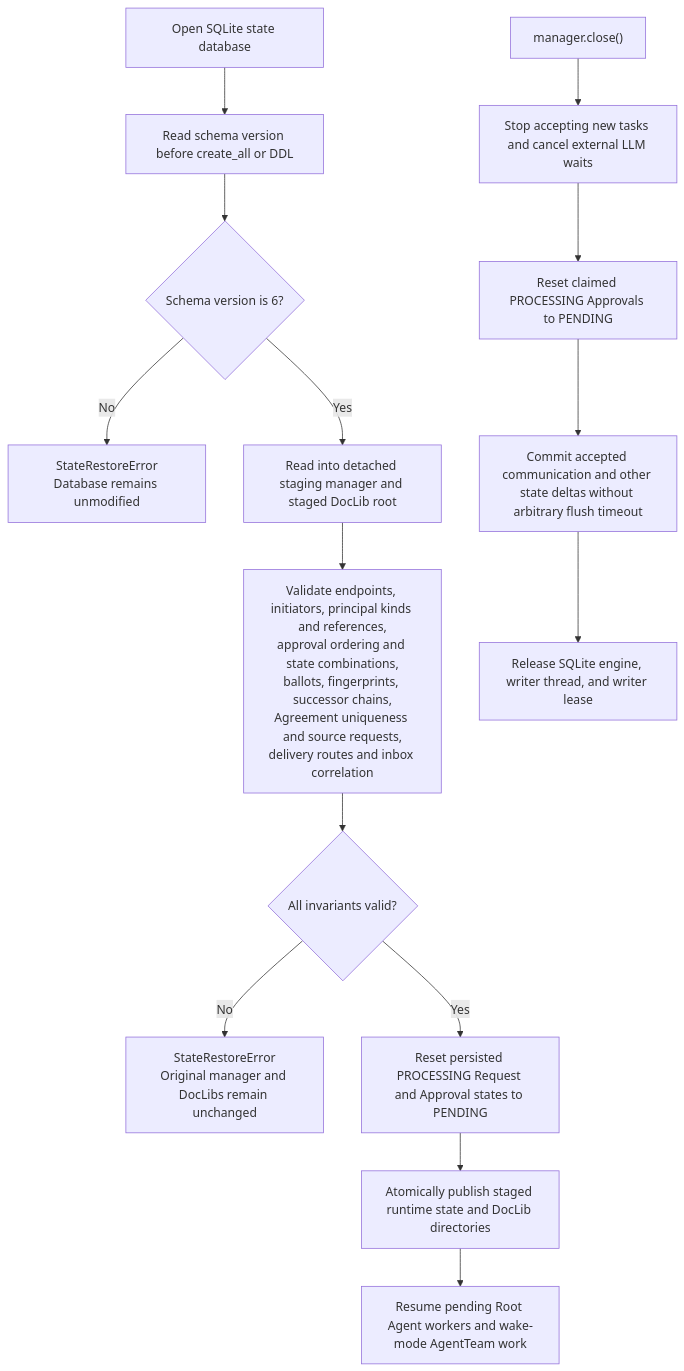
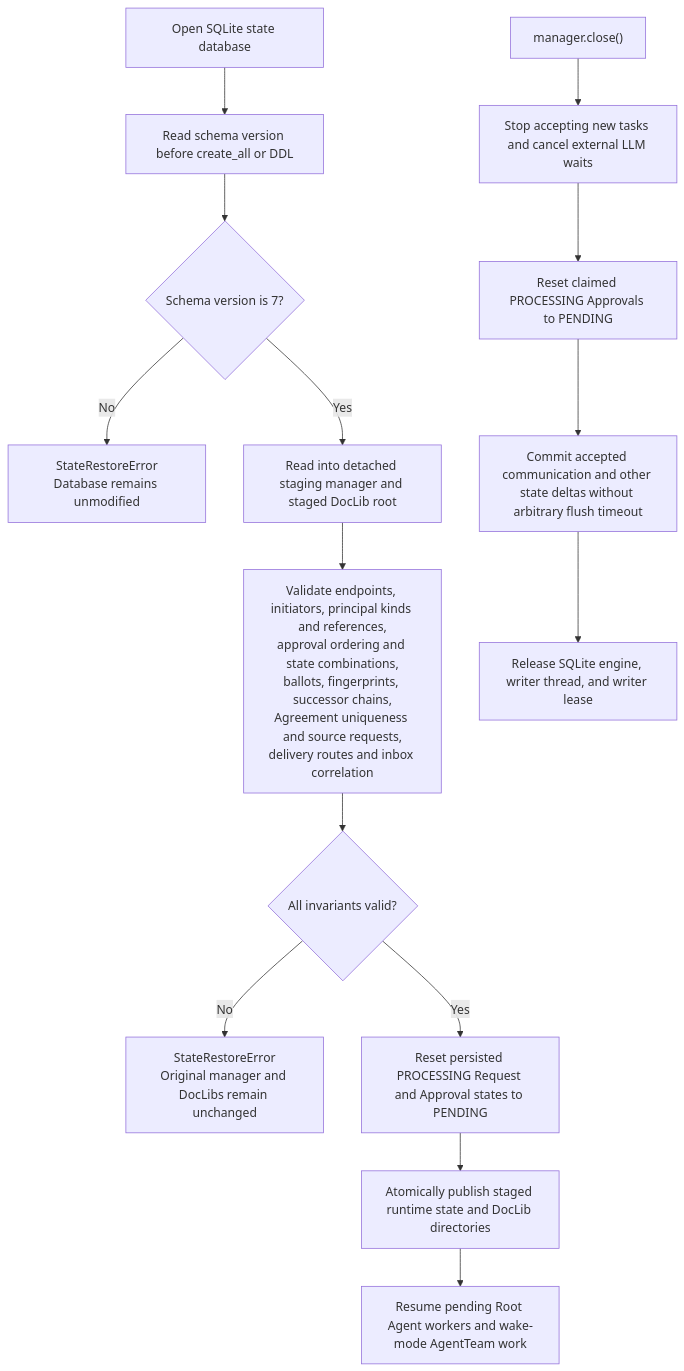
Before and after one commit to AI-Team-Team/AI-Team-Team: diagram 13 of 13 in docs/flowcharts/Autonomous_Communication_Governance.md, drawn with Mermaid. The commit also changed other lines of this file and 77 other files, not shown here.

````diff
--- a/docs/flowcharts/Autonomous_Communication_Governance.md
+++ b/docs/flowcharts/Autonomous_Communication_Governance.md
@@ -377,18 +377,18 @@
 ```mermaid
 flowchart TD
     Open["Open SQLite state database"] --> Preflight["Read schema version before create_all or DDL"]
-    Preflight --> Version{"Schema version is 6?"}
+    Preflight --> Version{"Schema version is 7?"}
     Version -- "No" --> Reject["StateRestoreError<br/>Database remains unmodified"]
     Version -- "Yes" --> Stage["Read into detached staging manager and staged DocLib root"]
     Stage --> Validate["Validate endpoints, initiators, principal kinds and references,<br/>approval ordering and state combinations,<br/>ballots, fingerprints, successor chains,<br/>Agreement uniqueness and source requests,<br/>delivery routes and inbox correlation"]
     Validate --> Valid{"All invariants valid?"}
     Valid -- "No" --> Preserve["StateRestoreError<br/>Original manager and DocLibs remain unchanged"]
     Valid -- "Yes" --> Reset["Reset persisted PROCESSING Request and Approval states to PENDING"]
     Reset --> Publish["Atomically publish staged runtime state and DocLib directories"]
     Publish --> Resume["Resume pending Root Agent workers and wake-mode AgentTeam work"]
 
     Shutdown["manager.close()"] --> Stop["Stop accepting new tasks and cancel external LLM waits"]
     Stop --> Release["Reset claimed PROCESSING Approvals to PENDING"]
     Release --> Flush["Commit accepted communication and other state deltas without arbitrary flush timeout"]
     Flush --> Close["Release SQLite engine, writer thread, and writer lease"]
 ```
````
